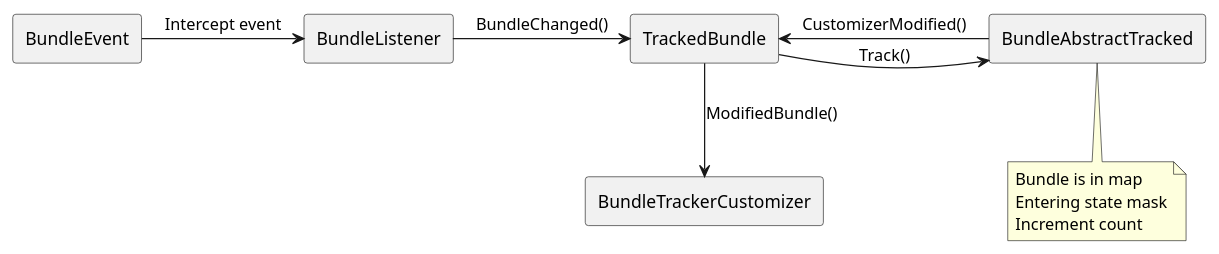
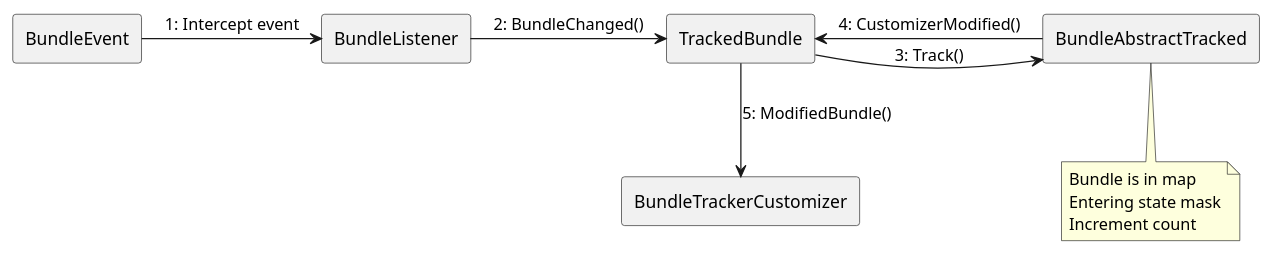
One commit to CppMicroServices/rfcs changed the diagram in text/0009-BundleTracker-integration/mod_bundletracker.puml. Above: the diagram before and after it, drawn with PlantUML. The commit also changed 12 other files, not shown here.

Commit message:
Add numbering to communication diagrams

```diff
--- a/text/0009-BundleTracker-integration/mod_bundletracker.puml
+++ b/text/0009-BundleTracker-integration/mod_bundletracker.puml
@@ -1,20 +1,20 @@
 @startuml modbundle_diagram
 
 rectangle "BundleEvent" as BE
 rectangle "BundleListener" as BL
 'rectangle "BundleTracker" as BT
 'rectangle "BundleTrackerPrivate" as BTP
 rectangle "TrackedBundle" as TB
 'rectangle "BundleContext" as BC
 rectangle "BundleAbstractTracked" as BAT
 rectangle "BundleTrackerCustomizer" as BTC
 
-BE -> BL : Intercept event
-BL -> TB : BundleChanged()
-TB -> BAT : Track()
-TB <- BAT: CustomizerModified()
-TB -d-> BTC : ModifiedBundle()
+BE -> BL : 1: Intercept event
+BL -> TB : 2: BundleChanged()
+TB -> BAT : 3: Track()
+TB <- BAT: 4: CustomizerModified()
+TB -d-> BTC : 5: ModifiedBundle()
 
 note bottom of BAT : Bundle is in map\nEntering state mask\nIncrement count
 
 @enduml
```
